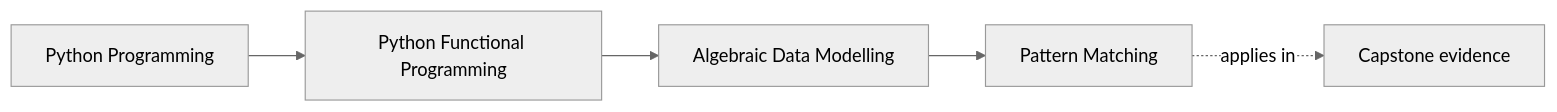
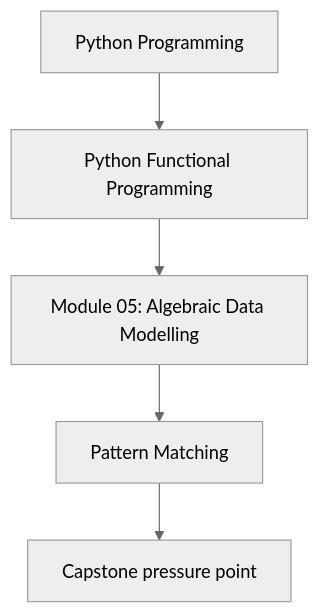
One commit to bijux/bijux-masterclass changed the first of 2 diagrams in programs/python-programming/python-functional-programming/course-book/module-05-algebraic-data-modelling/pattern-matching.md. Above: the diagram before and after it, drawn with Mermaid (neutral theme). The commit also changed other lines of this file and 118 other files, not shown here.

Commit message:
docs(python-functional-programming): align concept page diagrams

````diff
--- a/programs/python-programming/python-functional-programming/course-book/module-05-algebraic-data-modelling/pattern-matching.md
+++ b/programs/python-programming/python-functional-programming/course-book/module-05-algebraic-data-modelling/pattern-matching.md
@@ -7,11 +7,7 @@
 ```mermaid
-graph LR
-  family["Python Programming"]
-  program["Python Functional Programming"]
-  section["Algebraic Data Modelling"]
-  page["Pattern Matching"]
-  capstone["Capstone evidence"]
-
-  family --> program --> section --> page
-  page -.applies in.-> capstone
+flowchart TD
+  family["Python Programming"] --> program["Python Functional Programming"]
+  program --> module["Module 05: Algebraic Data Modelling"]
+  module --> concept["Pattern Matching"]
+  concept --> capstone["Capstone pressure point"]
 ```
````
